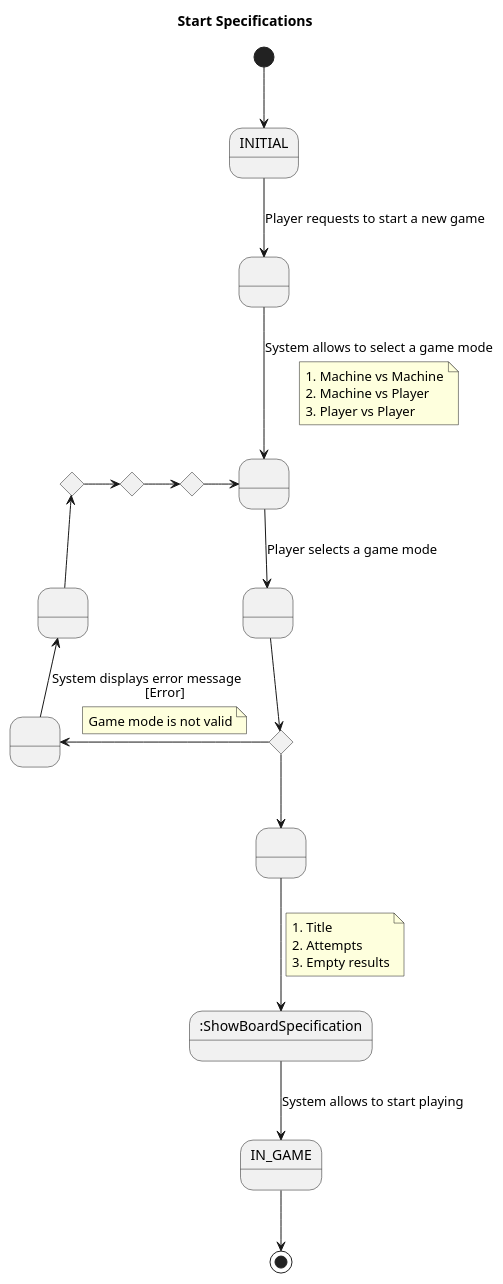
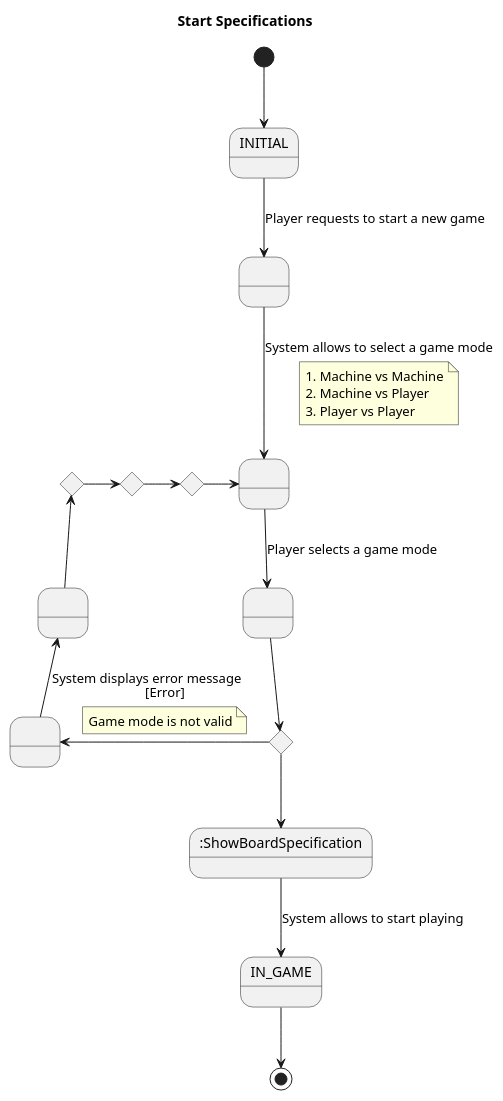
Before and after one commit to franpaulinoinfante/TicTacToe: the third of 5 diagrams in Docs/Requirement.plantuml, drawn with PlantUML. The commit also changed 43 other files, not shown here.

```diff
--- a/Docs/Requirement.plantuml
+++ b/Docs/Requirement.plantuml
@@ -45,48 +45,41 @@
 @startuml Start Specifications
     title Start Specifications
 
 state INITIAL
 state IN_GAME
 state A as " "
 state B as " "
 state C as " "
-state D as " "
 state G as " "
 state F as " "
 state K as ":ShowBoardSpecification"
 
 state if1 <<choice>>
 state if2 <<choice>>
 state if3 <<choice>>
 state if4 <<choice>>
 
 [*] --> INITIAL
 INITIAL --> A : Player requests to start a new game
 A --> B : System allows to select a game mode
     note on link 
         1. Machine vs Machine
         2. Machine vs Player
         3. Player vs Player
     endnote
 B --> C : Player selects a game mode
 C --> if1
-    if1 --> D 
-    D --> K
-        note on link
-            1. Title
-            2. Attempts
-            3. Empty results
-        endnote
+    if1 --> K
     K --> IN_GAME : System allows to start playing
     IN_GAME --> [*]
 
 if1 -left-> F : [Error]
     note on link
         Game mode is not valid
     endnote
 F -up-> G : System displays error message
 G -up-> if2
 if2 -right-> if3
 if3 -right-> if4
 if4 -right-> B
 @enduml
```
